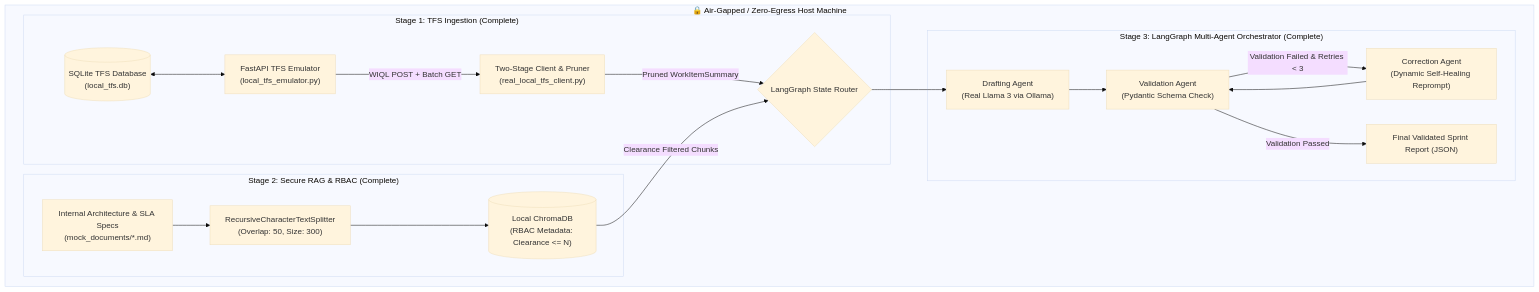
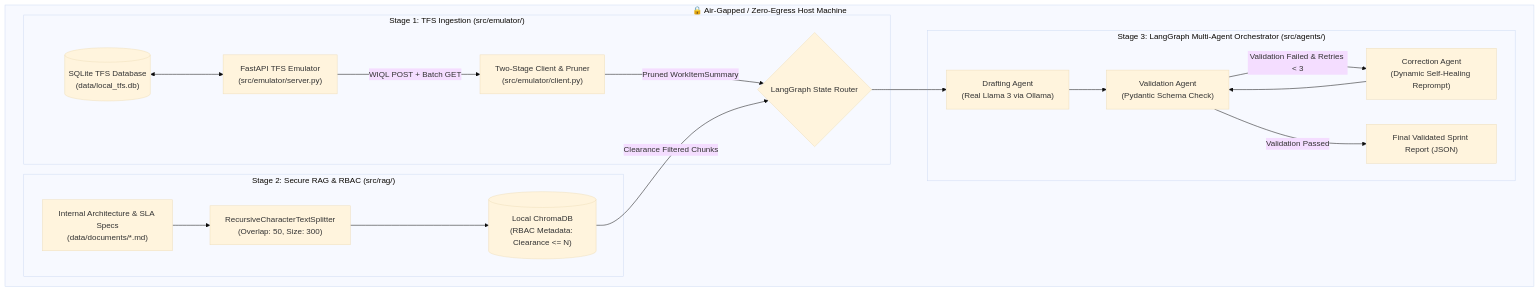
The diagram in README.md (vvanurag/tfs_agent), drawn with Mermaid (base theme) before and after one commit. The commit also changed other lines of this file and 30 other files, not shown here.

Commit message:
refactor: reorganize project into professional modular architecture (src, data, docs, demonstrations, main CLI)

````diff
--- a/README.md
+++ b/README.md
@@ -61,36 +58,36 @@
 ```mermaid
 flowchart TD
     subgraph Local_Enterprise_Environment ["🔒 Air-Gapped / Zero-Egress Host Machine"]
-        subgraph Stage1 ["Stage 1: TFS Ingestion (Complete)"]
-            TFS_DB[("SQLite TFS Database\n(local_tfs.db)")]
-            Emulator["FastAPI TFS Emulator\n(local_tfs_emulator.py)"]
-            TFS_Client["Two-Stage Client & Pruner\n(real_local_tfs_client.py)"]
+        subgraph Stage1 ["Stage 1: TFS Ingestion (src/emulator/)"]
+            TFS_DB[("SQLite TFS Database\n(data/local_tfs.db)")]
+            Emulator["FastAPI TFS Emulator\n(src/emulator/server.py)"]
+            TFS_Client["Two-Stage Client & Pruner\n(src/emulator/client.py)"]
             
             TFS_DB <--> Emulator
             Emulator -->|WIQL POST + Batch GET| TFS_Client
             TFS_Client -->|Pruned WorkItemSummary| StateGraph
         end
 
-        subgraph Stage2 ["Stage 2: Secure RAG & RBAC (Complete)"]
-            Docs["Internal Architecture & SLA Specs\n(mock_documents/*.md)"]
+        subgraph Stage2 ["Stage 2: Secure RAG & RBAC (src/rag/)"]
+            Docs["Internal Architecture & SLA Specs\n(data/documents/*.md)"]
             Splitter["RecursiveCharacterTextSplitter\n(Overlap: 50, Size: 300)"]
             Chroma[("Local ChromaDB\n(RBAC Metadata: Clearance <= N)")]
             
             Docs --> Splitter --> Chroma
             Chroma -->|Clearance Filtered Chunks| StateGraph
         end
 
-        subgraph Stage3 ["Stage 3: LangGraph Multi-Agent Orchestrator (Complete)"]
+        subgraph Stage3 ["Stage 3: LangGraph Multi-Agent Orchestrator (src/agents/)"]
             StateGraph{"LangGraph State Router"}
             DraftNode["Drafting Agent\n(Real Llama 3 via Ollama)"]
             ValNode["Validation Agent\n(Pydantic Schema Check)"]
             CorrNode["Correction Agent\n(Dynamic Self-Healing Reprompt)"]
             
             StateGraph --> DraftNode
             DraftNode --> ValNode
             ValNode -->|Validation Failed & Retries < 3| CorrNode
             CorrNode --> ValNode
             ValNode -->|Validation Passed| FinalOutput["Final Validated Sprint Report (JSON)"]
         end
     end
 ```
````
